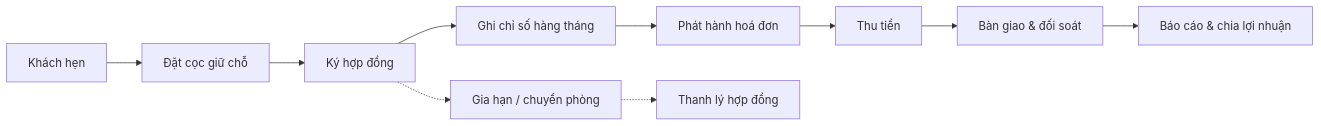
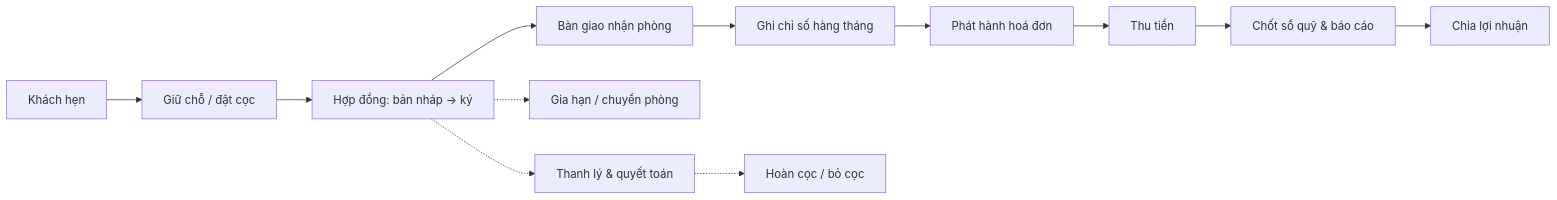
One commit to zxGreenxz/whiteboard-ihomecrm changed the diagram in docs/huong-dan-su-dung/01-bat-dau/gioi-thieu/index.md. Above: the diagram before and after it, drawn with Mermaid. The commit also changed other lines of this file and 347 other files, not shown here.

````diff
--- a/docs/huong-dan-su-dung/01-bat-dau/gioi-thieu/index.md
+++ b/docs/huong-dan-su-dung/01-bat-dau/gioi-thieu/index.md
@@ -22,12 +23,14 @@
 ```mermaid
 flowchart LR
-  A[Khách hẹn] --> B[Đặt cọc giữ chỗ]
-  B --> C[Ký hợp đồng]
-  C --> D[Ghi chỉ số hàng tháng]
-  D --> E[Phát hành hoá đơn]
-  E --> F[Thu tiền]
-  F --> G[Bàn giao & đối soát]
-  G --> H[Báo cáo & chia lợi nhuận]
-  C -.-> I[Gia hạn / chuyển phòng]
-  I -.-> J[Thanh lý hợp đồng]
+  A[Khách hẹn] --> B[Giữ chỗ / đặt cọc]
+  B --> C[Hợp đồng: bản nháp → ký]
+  C --> D[Bàn giao nhận phòng]
+  D --> E[Ghi chỉ số hàng tháng]
+  E --> F[Phát hành hoá đơn]
+  F --> G[Thu tiền]
+  G --> H[Chốt sổ quỹ & báo cáo]
+  H --> I[Chia lợi nhuận]
+  C -.-> J[Gia hạn / chuyển phòng]
+  C -.-> K[Thanh lý & quyết toán]
+  K -.-> L[Hoàn cọc / bỏ cọc]
 ```
````
